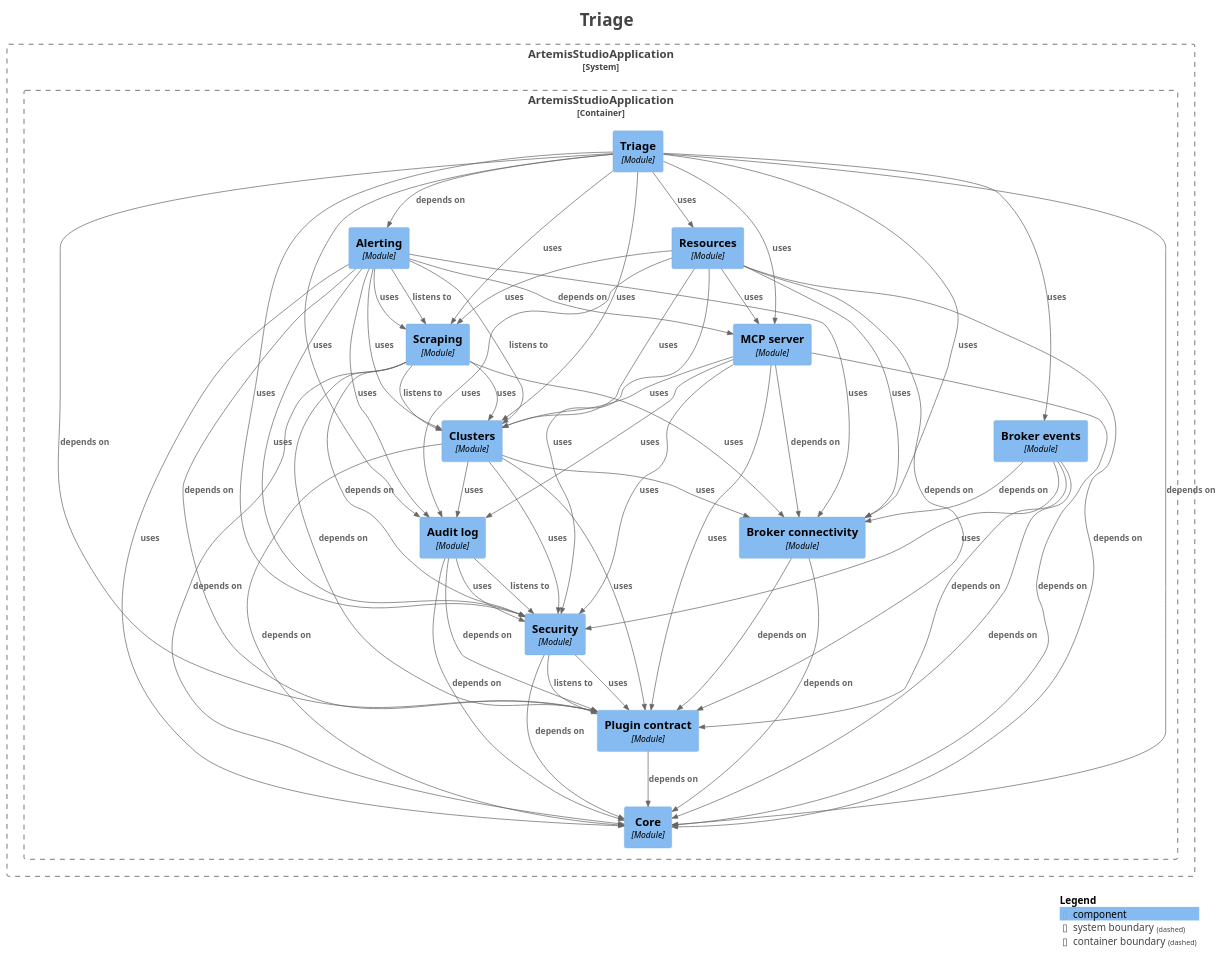
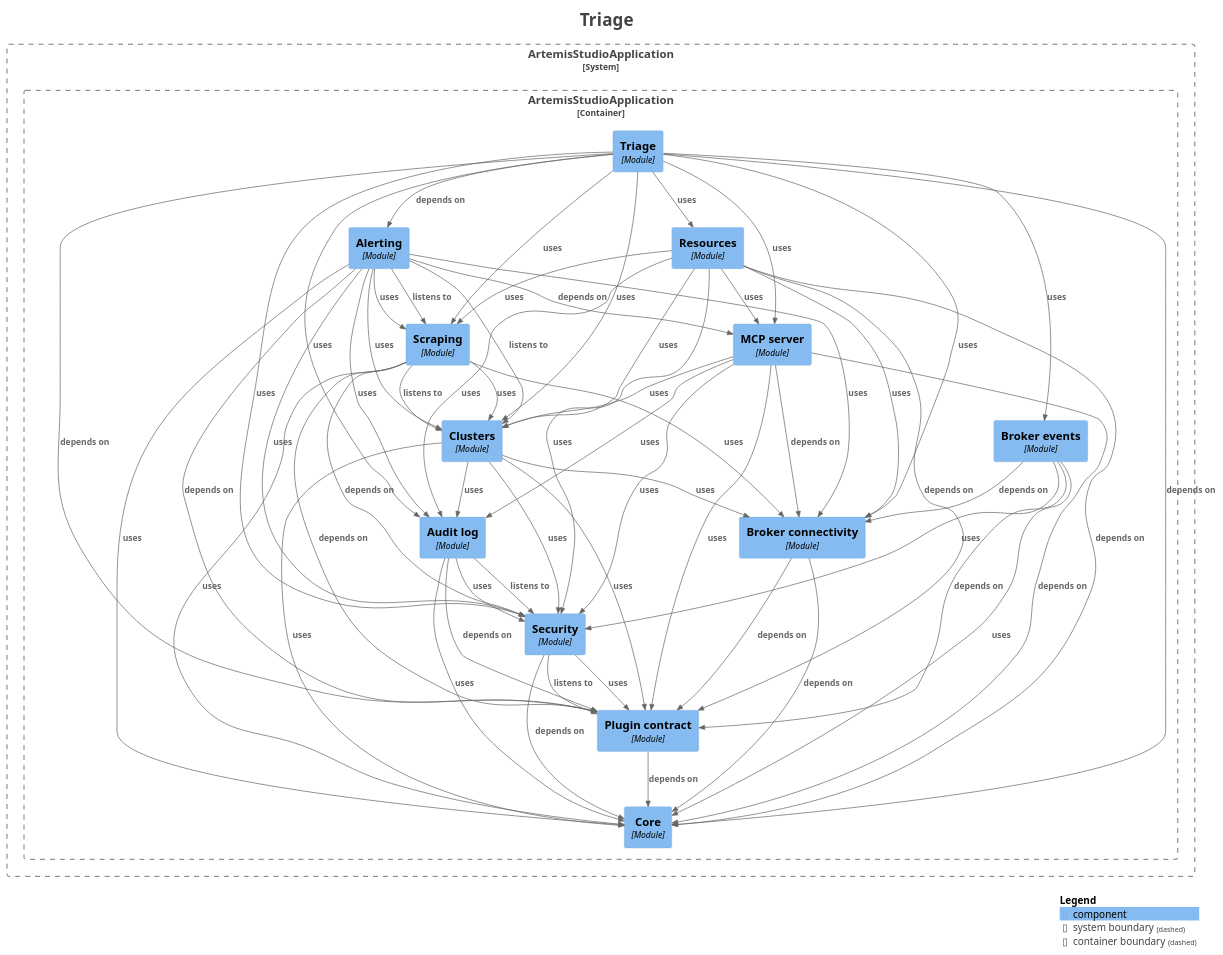
Before and after one commit to sudoitir/artemis-studio: the diagram in docs/modules/module-feature.triage.puml, drawn with PlantUML. The commit also changed 498 other files, not shown here.

```diff
--- a/docs/modules/module-feature.triage.puml
+++ b/docs/modules/module-feature.triage.puml
@@ -1,99 +1,99 @@
 @startuml
 title <size:24>Triage</size>
 
 set separator none
 top to bottom direction
 
 <style>
   root {
     BackgroundColor: #ffffff
     FontColor: #444444
   }
 </style>
 
 !include <C4/C4>
 !include <C4/C4_Context>
 !include <C4/C4_Component>
 
 System_Boundary("ArtemisStudioApplication_boundary", "ArtemisStudioApplication", $tags="") {
   Container_Boundary("ArtemisStudioApplication.ArtemisStudioApplication_boundary", "ArtemisStudioApplication", $tags="") {
     Component(ArtemisStudioApplication.ArtemisStudioApplication.Alerting, "Alerting", $techn="Module", $descr="", $tags="", $link="")
     Component(ArtemisStudioApplication.ArtemisStudioApplication.Auditlog, "Audit log", $techn="Module", $descr="", $tags="", $link="")
     Component(ArtemisStudioApplication.ArtemisStudioApplication.Brokerconnectivity, "Broker connectivity", $techn="Module", $descr="", $tags="", $link="")
     Component(ArtemisStudioApplication.ArtemisStudioApplication.Brokerevents, "Broker events", $techn="Module", $descr="", $tags="", $link="")
     Component(ArtemisStudioApplication.ArtemisStudioApplication.Clusters, "Clusters", $techn="Module", $descr="", $tags="", $link="")
     Component(ArtemisStudioApplication.ArtemisStudioApplication.Core, "Core", $techn="Module", $descr="", $tags="", $link="")
     Component(ArtemisStudioApplication.ArtemisStudioApplication.MCPserver, "MCP server", $techn="Module", $descr="", $tags="", $link="")
     Component(ArtemisStudioApplication.ArtemisStudioApplication.Plugincontract, "Plugin contract", $techn="Module", $descr="", $tags="", $link="")
     Component(ArtemisStudioApplication.ArtemisStudioApplication.Resources, "Resources", $techn="Module", $descr="", $tags="", $link="")
     Component(ArtemisStudioApplication.ArtemisStudioApplication.Scraping, "Scraping", $techn="Module", $descr="", $tags="", $link="")
     Component(ArtemisStudioApplication.ArtemisStudioApplication.Security, "Security", $techn="Module", $descr="", $tags="", $link="")
     Component(ArtemisStudioApplication.ArtemisStudioApplication.Triage, "Triage", $techn="Module", $descr="", $tags="", $link="")
   }
 
 }
 
 Rel(ArtemisStudioApplication.ArtemisStudioApplication.Alerting, ArtemisStudioApplication.ArtemisStudioApplication.Auditlog, "uses", $techn="", $tags="", $link="")
 Rel(ArtemisStudioApplication.ArtemisStudioApplication.Alerting, ArtemisStudioApplication.ArtemisStudioApplication.Brokerconnectivity, "uses", $techn="", $tags="", $link="")
 Rel(ArtemisStudioApplication.ArtemisStudioApplication.Alerting, ArtemisStudioApplication.ArtemisStudioApplication.Clusters, "listens to", $techn="", $tags="", $link="")
 Rel(ArtemisStudioApplication.ArtemisStudioApplication.Alerting, ArtemisStudioApplication.ArtemisStudioApplication.Clusters, "uses", $techn="", $tags="", $link="")
 Rel(ArtemisStudioApplication.ArtemisStudioApplication.Alerting, ArtemisStudioApplication.ArtemisStudioApplication.Core, "uses", $techn="", $tags="", $link="")
 Rel(ArtemisStudioApplication.ArtemisStudioApplication.Alerting, ArtemisStudioApplication.ArtemisStudioApplication.MCPserver, "depends on", $techn="", $tags="", $link="")
 Rel(ArtemisStudioApplication.ArtemisStudioApplication.Alerting, ArtemisStudioApplication.ArtemisStudioApplication.Plugincontract, "depends on", $techn="", $tags="", $link="")
 Rel(ArtemisStudioApplication.ArtemisStudioApplication.Alerting, ArtemisStudioApplication.ArtemisStudioApplication.Scraping, "listens to", $techn="", $tags="", $link="")
 Rel(ArtemisStudioApplication.ArtemisStudioApplication.Alerting, ArtemisStudioApplication.ArtemisStudioApplication.Scraping, "uses", $techn="", $tags="", $link="")
 Rel(ArtemisStudioApplication.ArtemisStudioApplication.Alerting, ArtemisStudioApplication.ArtemisStudioApplication.Security, "uses", $techn="", $tags="", $link="")
-Rel(ArtemisStudioApplication.ArtemisStudioApplication.Auditlog, ArtemisStudioApplication.ArtemisStudioApplication.Core, "depends on", $techn="", $tags="", $link="")
+Rel(ArtemisStudioApplication.ArtemisStudioApplication.Auditlog, ArtemisStudioApplication.ArtemisStudioApplication.Core, "uses", $techn="", $tags="", $link="")
 Rel(ArtemisStudioApplication.ArtemisStudioApplication.Auditlog, ArtemisStudioApplication.ArtemisStudioApplication.Plugincontract, "depends on", $techn="", $tags="", $link="")
 Rel(ArtemisStudioApplication.ArtemisStudioApplication.Auditlog, ArtemisStudioApplication.ArtemisStudioApplication.Security, "listens to", $techn="", $tags="", $link="")
 Rel(ArtemisStudioApplication.ArtemisStudioApplication.Auditlog, ArtemisStudioApplication.ArtemisStudioApplication.Security, "uses", $techn="", $tags="", $link="")
 Rel(ArtemisStudioApplication.ArtemisStudioApplication.Brokerconnectivity, ArtemisStudioApplication.ArtemisStudioApplication.Core, "depends on", $techn="", $tags="", $link="")
 Rel(ArtemisStudioApplication.ArtemisStudioApplication.Brokerconnectivity, ArtemisStudioApplication.ArtemisStudioApplication.Plugincontract, "depends on", $techn="", $tags="", $link="")
 Rel(ArtemisStudioApplication.ArtemisStudioApplication.Brokerevents, ArtemisStudioApplication.ArtemisStudioApplication.Brokerconnectivity, "depends on", $techn="", $tags="", $link="")
-Rel(ArtemisStudioApplication.ArtemisStudioApplication.Brokerevents, ArtemisStudioApplication.ArtemisStudioApplication.Core, "depends on", $techn="", $tags="", $link="")
+Rel(ArtemisStudioApplication.ArtemisStudioApplication.Brokerevents, ArtemisStudioApplication.ArtemisStudioApplication.Core, "uses", $techn="", $tags="", $link="")
 Rel(ArtemisStudioApplication.ArtemisStudioApplication.Brokerevents, ArtemisStudioApplication.ArtemisStudioApplication.Plugincontract, "depends on", $techn="", $tags="", $link="")
 Rel(ArtemisStudioApplication.ArtemisStudioApplication.Brokerevents, ArtemisStudioApplication.ArtemisStudioApplication.Security, "uses", $techn="", $tags="", $link="")
 Rel(ArtemisStudioApplication.ArtemisStudioApplication.Clusters, ArtemisStudioApplication.ArtemisStudioApplication.Auditlog, "uses", $techn="", $tags="", $link="")
 Rel(ArtemisStudioApplication.ArtemisStudioApplication.Clusters, ArtemisStudioApplication.ArtemisStudioApplication.Brokerconnectivity, "uses", $techn="", $tags="", $link="")
-Rel(ArtemisStudioApplication.ArtemisStudioApplication.Clusters, ArtemisStudioApplication.ArtemisStudioApplication.Core, "depends on", $techn="", $tags="", $link="")
+Rel(ArtemisStudioApplication.ArtemisStudioApplication.Clusters, ArtemisStudioApplication.ArtemisStudioApplication.Core, "uses", $techn="", $tags="", $link="")
 Rel(ArtemisStudioApplication.ArtemisStudioApplication.Clusters, ArtemisStudioApplication.ArtemisStudioApplication.Plugincontract, "uses", $techn="", $tags="", $link="")
 Rel(ArtemisStudioApplication.ArtemisStudioApplication.Clusters, ArtemisStudioApplication.ArtemisStudioApplication.Security, "uses", $techn="", $tags="", $link="")
 Rel(ArtemisStudioApplication.ArtemisStudioApplication.MCPserver, ArtemisStudioApplication.ArtemisStudioApplication.Auditlog, "uses", $techn="", $tags="", $link="")
 Rel(ArtemisStudioApplication.ArtemisStudioApplication.MCPserver, ArtemisStudioApplication.ArtemisStudioApplication.Brokerconnectivity, "depends on", $techn="", $tags="", $link="")
 Rel(ArtemisStudioApplication.ArtemisStudioApplication.MCPserver, ArtemisStudioApplication.ArtemisStudioApplication.Clusters, "uses", $techn="", $tags="", $link="")
 Rel(ArtemisStudioApplication.ArtemisStudioApplication.MCPserver, ArtemisStudioApplication.ArtemisStudioApplication.Core, "depends on", $techn="", $tags="", $link="")
 Rel(ArtemisStudioApplication.ArtemisStudioApplication.MCPserver, ArtemisStudioApplication.ArtemisStudioApplication.Plugincontract, "uses", $techn="", $tags="", $link="")
 Rel(ArtemisStudioApplication.ArtemisStudioApplication.MCPserver, ArtemisStudioApplication.ArtemisStudioApplication.Security, "uses", $techn="", $tags="", $link="")
 Rel(ArtemisStudioApplication.ArtemisStudioApplication.Plugincontract, ArtemisStudioApplication.ArtemisStudioApplication.Core, "depends on", $techn="", $tags="", $link="")
 Rel(ArtemisStudioApplication.ArtemisStudioApplication.Resources, ArtemisStudioApplication.ArtemisStudioApplication.Auditlog, "uses", $techn="", $tags="", $link="")
 Rel(ArtemisStudioApplication.ArtemisStudioApplication.Resources, ArtemisStudioApplication.ArtemisStudioApplication.Brokerconnectivity, "uses", $techn="", $tags="", $link="")
 Rel(ArtemisStudioApplication.ArtemisStudioApplication.Resources, ArtemisStudioApplication.ArtemisStudioApplication.Clusters, "uses", $techn="", $tags="", $link="")
 Rel(ArtemisStudioApplication.ArtemisStudioApplication.Resources, ArtemisStudioApplication.ArtemisStudioApplication.Core, "depends on", $techn="", $tags="", $link="")
 Rel(ArtemisStudioApplication.ArtemisStudioApplication.Resources, ArtemisStudioApplication.ArtemisStudioApplication.MCPserver, "uses", $techn="", $tags="", $link="")
 Rel(ArtemisStudioApplication.ArtemisStudioApplication.Resources, ArtemisStudioApplication.ArtemisStudioApplication.Plugincontract, "depends on", $techn="", $tags="", $link="")
 Rel(ArtemisStudioApplication.ArtemisStudioApplication.Resources, ArtemisStudioApplication.ArtemisStudioApplication.Scraping, "uses", $techn="", $tags="", $link="")
 Rel(ArtemisStudioApplication.ArtemisStudioApplication.Resources, ArtemisStudioApplication.ArtemisStudioApplication.Security, "uses", $techn="", $tags="", $link="")
 Rel(ArtemisStudioApplication.ArtemisStudioApplication.Scraping, ArtemisStudioApplication.ArtemisStudioApplication.Brokerconnectivity, "uses", $techn="", $tags="", $link="")
 Rel(ArtemisStudioApplication.ArtemisStudioApplication.Scraping, ArtemisStudioApplication.ArtemisStudioApplication.Clusters, "listens to", $techn="", $tags="", $link="")
 Rel(ArtemisStudioApplication.ArtemisStudioApplication.Scraping, ArtemisStudioApplication.ArtemisStudioApplication.Clusters, "uses", $techn="", $tags="", $link="")
-Rel(ArtemisStudioApplication.ArtemisStudioApplication.Scraping, ArtemisStudioApplication.ArtemisStudioApplication.Core, "depends on", $techn="", $tags="", $link="")
+Rel(ArtemisStudioApplication.ArtemisStudioApplication.Scraping, ArtemisStudioApplication.ArtemisStudioApplication.Core, "uses", $techn="", $tags="", $link="")
 Rel(ArtemisStudioApplication.ArtemisStudioApplication.Scraping, ArtemisStudioApplication.ArtemisStudioApplication.Plugincontract, "depends on", $techn="", $tags="", $link="")
 Rel(ArtemisStudioApplication.ArtemisStudioApplication.Scraping, ArtemisStudioApplication.ArtemisStudioApplication.Security, "depends on", $techn="", $tags="", $link="")
 Rel(ArtemisStudioApplication.ArtemisStudioApplication.Security, ArtemisStudioApplication.ArtemisStudioApplication.Core, "depends on", $techn="", $tags="", $link="")
 Rel(ArtemisStudioApplication.ArtemisStudioApplication.Security, ArtemisStudioApplication.ArtemisStudioApplication.Plugincontract, "listens to", $techn="", $tags="", $link="")
 Rel(ArtemisStudioApplication.ArtemisStudioApplication.Security, ArtemisStudioApplication.ArtemisStudioApplication.Plugincontract, "uses", $techn="", $tags="", $link="")
 Rel(ArtemisStudioApplication.ArtemisStudioApplication.Triage, ArtemisStudioApplication.ArtemisStudioApplication.Alerting, "depends on", $techn="", $tags="", $link="")
 Rel(ArtemisStudioApplication.ArtemisStudioApplication.Triage, ArtemisStudioApplication.ArtemisStudioApplication.Auditlog, "uses", $techn="", $tags="", $link="")
 Rel(ArtemisStudioApplication.ArtemisStudioApplication.Triage, ArtemisStudioApplication.ArtemisStudioApplication.Brokerconnectivity, "uses", $techn="", $tags="", $link="")
 Rel(ArtemisStudioApplication.ArtemisStudioApplication.Triage, ArtemisStudioApplication.ArtemisStudioApplication.Brokerevents, "uses", $techn="", $tags="", $link="")
 Rel(ArtemisStudioApplication.ArtemisStudioApplication.Triage, ArtemisStudioApplication.ArtemisStudioApplication.Clusters, "uses", $techn="", $tags="", $link="")
 Rel(ArtemisStudioApplication.ArtemisStudioApplication.Triage, ArtemisStudioApplication.ArtemisStudioApplication.Core, "depends on", $techn="", $tags="", $link="")
 Rel(ArtemisStudioApplication.ArtemisStudioApplication.Triage, ArtemisStudioApplication.ArtemisStudioApplication.MCPserver, "uses", $techn="", $tags="", $link="")
 Rel(ArtemisStudioApplication.ArtemisStudioApplication.Triage, ArtemisStudioApplication.ArtemisStudioApplication.Plugincontract, "depends on", $techn="", $tags="", $link="")
 Rel(ArtemisStudioApplication.ArtemisStudioApplication.Triage, ArtemisStudioApplication.ArtemisStudioApplication.Resources, "uses", $techn="", $tags="", $link="")
 Rel(ArtemisStudioApplication.ArtemisStudioApplication.Triage, ArtemisStudioApplication.ArtemisStudioApplication.Scraping, "uses", $techn="", $tags="", $link="")
 Rel(ArtemisStudioApplication.ArtemisStudioApplication.Triage, ArtemisStudioApplication.ArtemisStudioApplication.Security, "uses", $techn="", $tags="", $link="")
 
 SHOW_LEGEND(true)
 hide stereotypes
 @enduml
```
